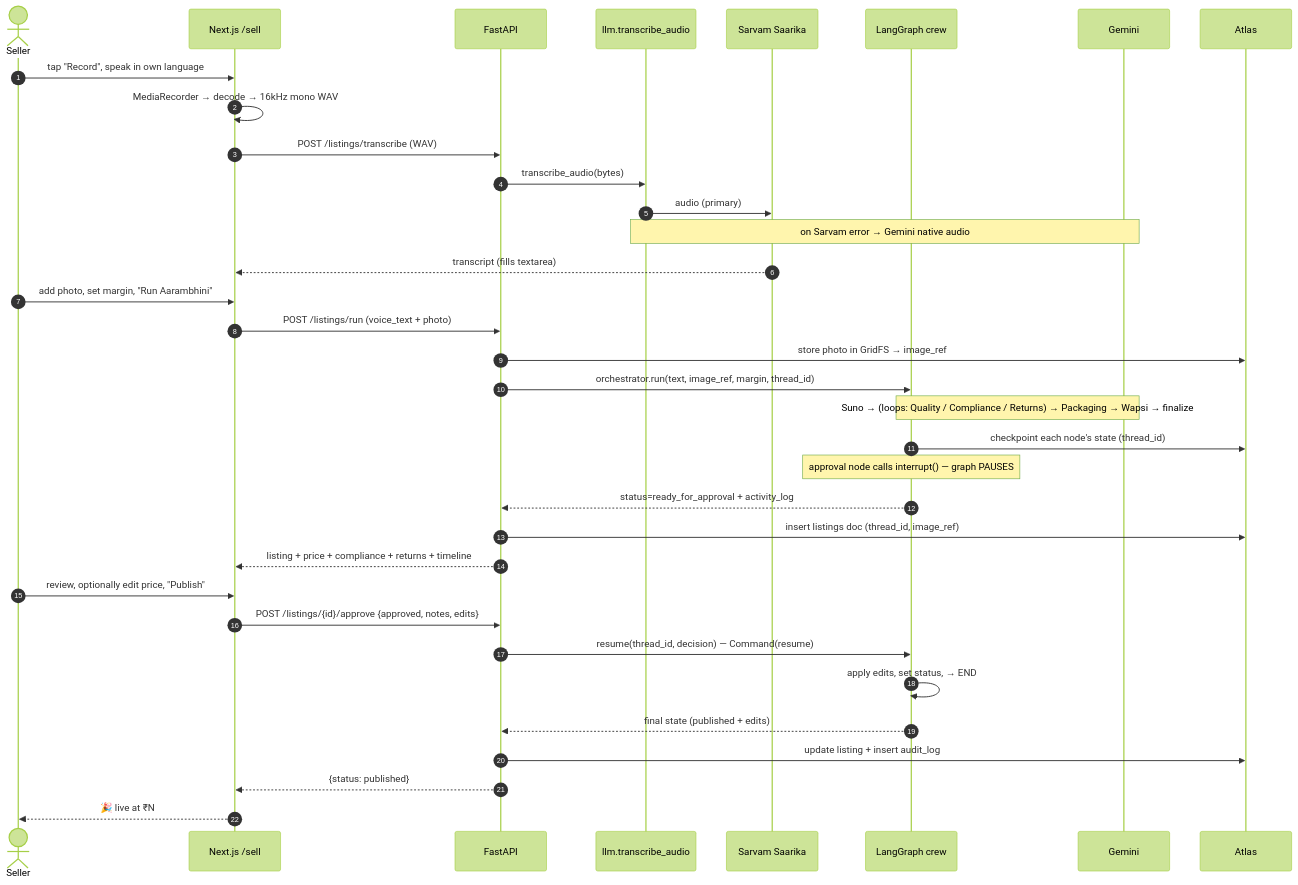
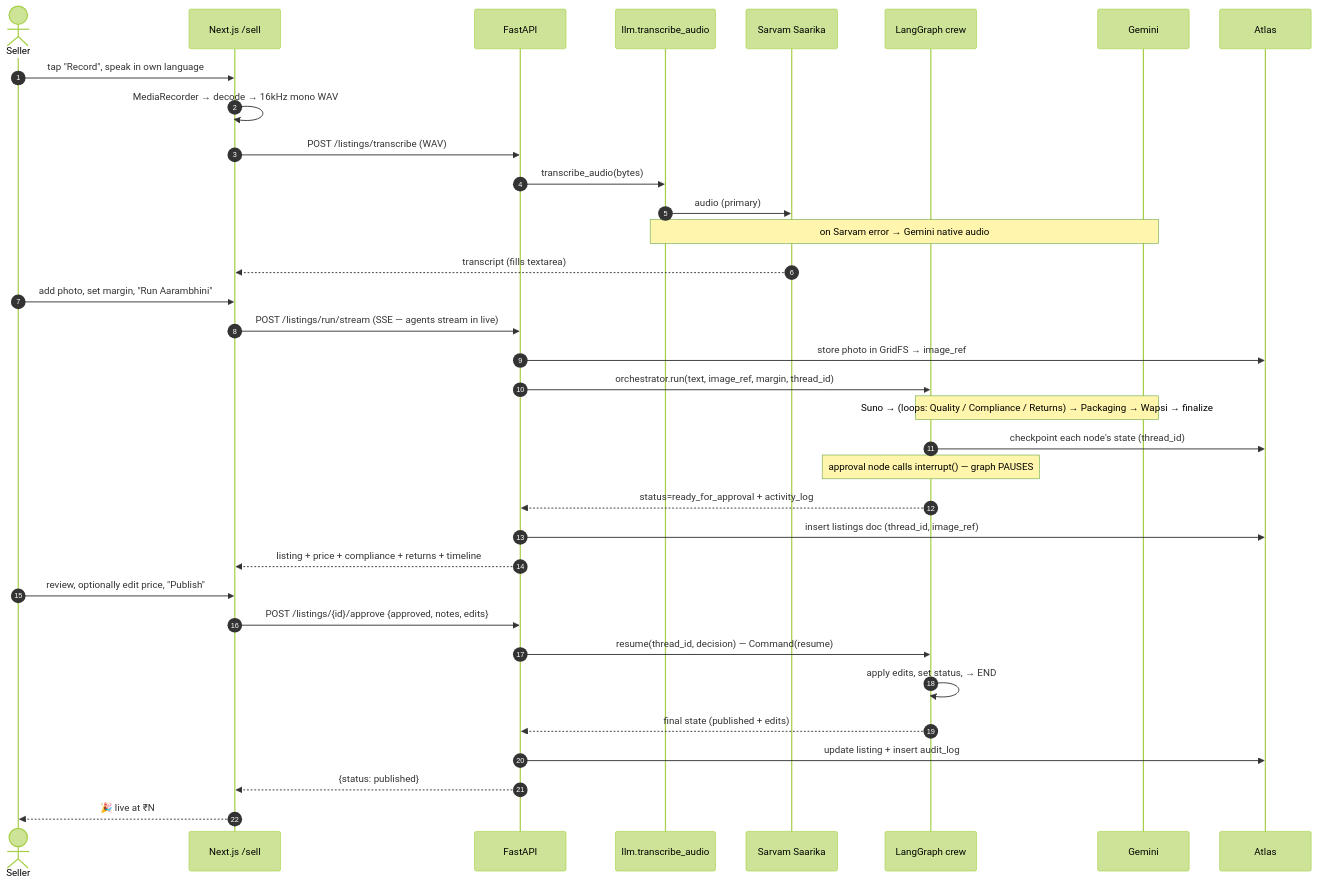
The fourth of 4 diagrams in docs/ARCHITECTURE.md (sandana1918/Aarambhini), drawn with Mermaid (forest theme) before and after one commit. The commit also changed other lines of this file, not shown here.

Commit message:
docs: note the SSE streaming endpoint and graph_store in the file map

````diff
--- a/docs/ARCHITECTURE.md
+++ b/docs/ARCHITECTURE.md
@@ -286,41 +286,41 @@
 ```mermaid
 sequenceDiagram
     autonumber
     actor Seller
     participant UI as Next.js /sell
     participant API as FastAPI
     participant STT as llm.transcribe_audio
     participant SARV as Sarvam Saarika
     participant ORCH as LangGraph crew
     participant GEM as Gemini
     participant DB as Atlas
 
     Seller->>UI: tap "Record", speak in own language
     UI->>UI: MediaRecorder → decode → 16kHz mono WAV
     UI->>API: POST /listings/transcribe (WAV)
     API->>STT: transcribe_audio(bytes)
     STT->>SARV: audio (primary)
     Note over STT,GEM: on Sarvam error → Gemini native audio
     SARV-->>UI: transcript (fills textarea)
 
     Seller->>UI: add photo, set margin, "Run Aarambhini"
-    UI->>API: POST /listings/run (voice_text + photo)
+    UI->>API: POST /listings/run/stream (SSE — agents stream in live)
     API->>DB: store photo in GridFS → image_ref
     API->>ORCH: orchestrator.run(text, image_ref, margin, thread_id)
 
     Note over ORCH,GEM: Suno → (loops: Quality / Compliance / Returns) → Packaging → Wapsi → finalize
     ORCH->>DB: checkpoint each node's state (thread_id)
     Note over ORCH: approval node calls interrupt() — graph PAUSES
     ORCH-->>API: status=ready_for_approval + activity_log
     API->>DB: insert listings doc (thread_id, image_ref)
     API-->>UI: listing + price + compliance + returns + timeline
 
     Seller->>UI: review, optionally edit price, "Publish"
     UI->>API: POST /listings/{id}/approve {approved, notes, edits}
     API->>ORCH: resume(thread_id, decision) — Command(resume)
     ORCH->>ORCH: apply edits, set status, → END
     ORCH-->>API: final state (published + edits)
     API->>DB: update listing + insert audit_log
     API-->>UI: {status: published}
     UI-->>Seller: 🎉 live at ₹N
 ```
````
